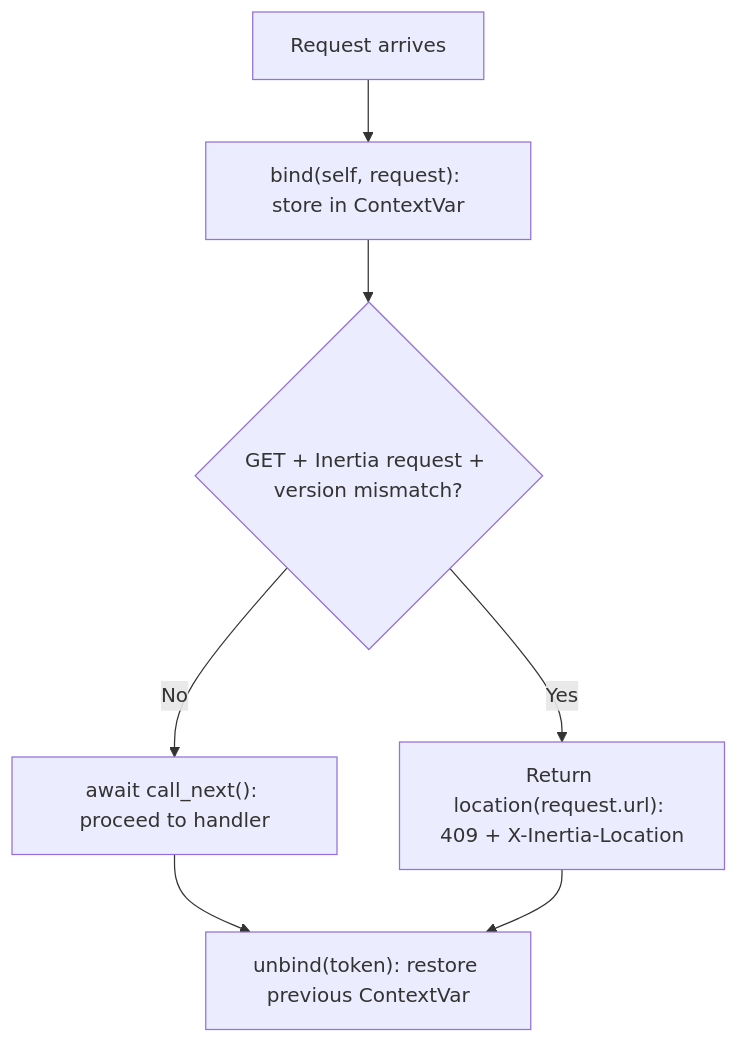
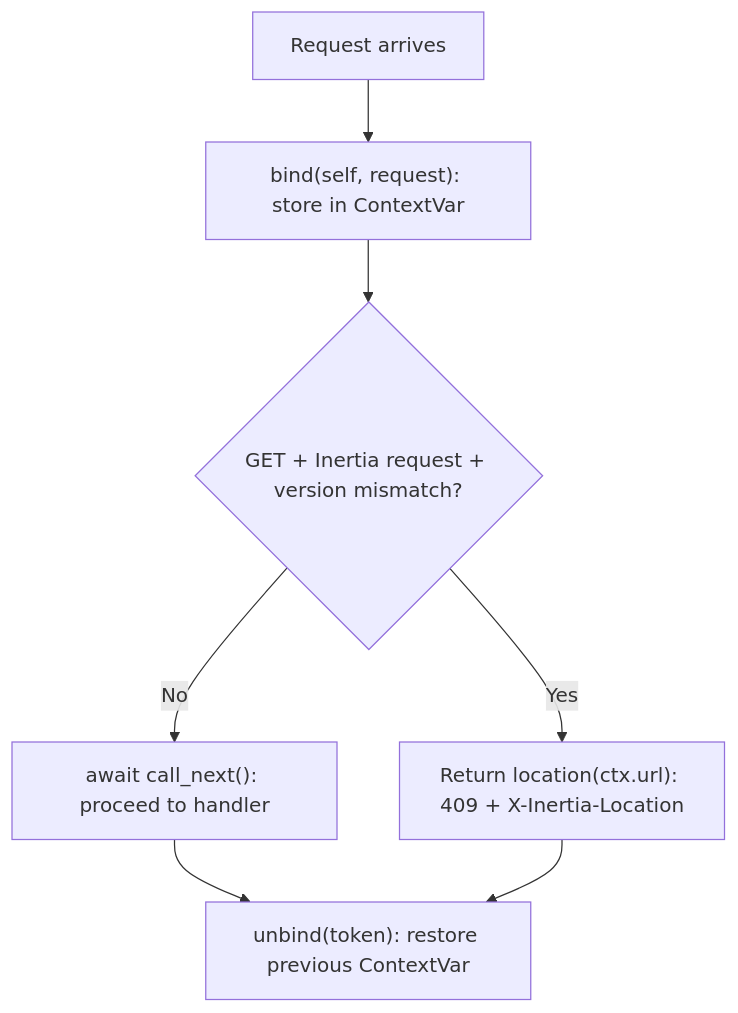
The third of 6 diagrams in docs/docs/src/content/docs/v1.0/advanced/inertia.md (sillohq/core), drawn with Mermaid before and after one commit. The commit also changed 72 other files, not shown here.

````diff
--- a/docs/docs/src/content/docs/v1.0/advanced/inertia.md
+++ b/docs/docs/src/content/docs/v1.0/advanced/inertia.md
@@ -373,9 +373,9 @@
 ```mermaid
 graph TD
     A[Request arrives] --> B["bind(self, request): store in ContextVar"]
     B --> C{GET + Inertia request + version mismatch?}
-    C -->|Yes| D["Return location(request.url): 409 + X-Inertia-Location"]
+    C -->|Yes| D["Return location(ctx.url): 409 + X-Inertia-Location"]
     C -->|No| E["await call_next(): proceed to handler"]
     E --> F["unbind(token): restore previous ContextVar"]
     D --> F
 ```
````
